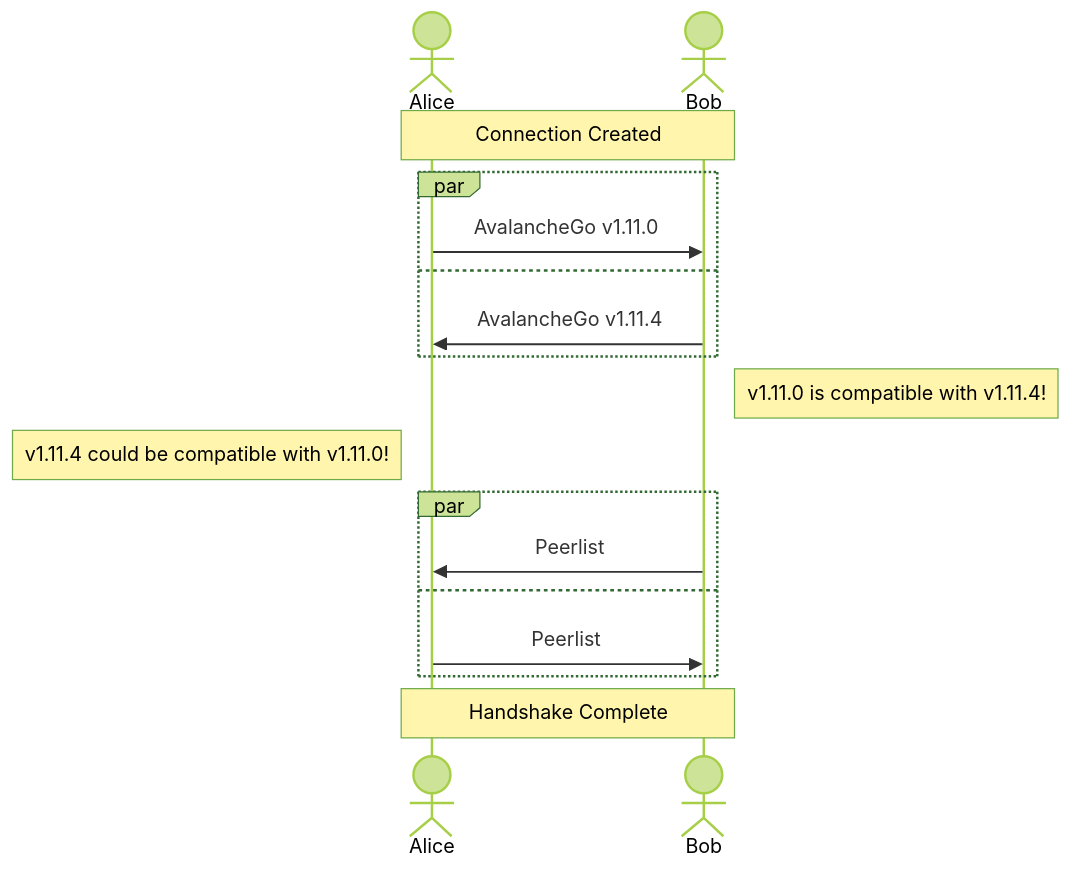
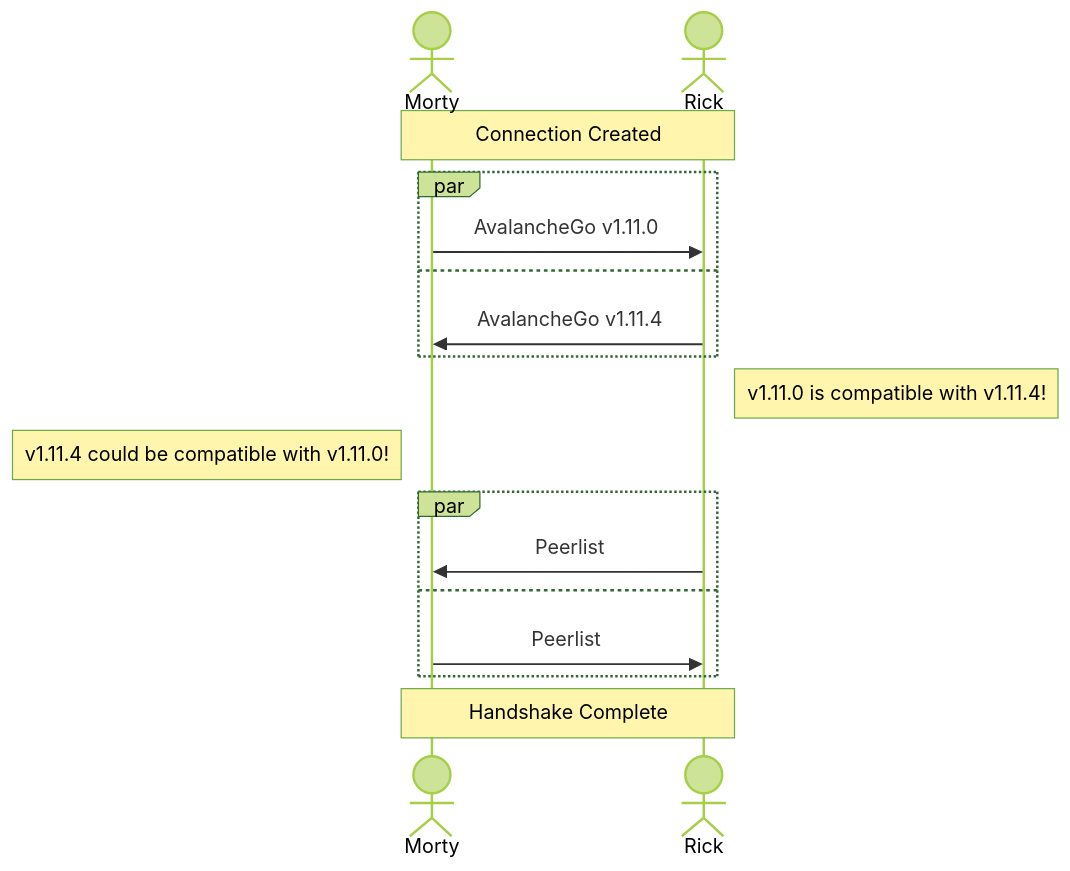
One commit to ava-labs/avalanchego changed the third of 7 diagrams in network/README.md. Above: the diagram before and after it, drawn with Mermaid (forest theme). The commit also changed other lines of this file, not shown here.

````diff
--- a/network/README.md
+++ b/network/README.md
@@ -84,19 +84,19 @@
 ```mermaid
 sequenceDiagram
-    actor Alice
-    actor Bob
-    Note over Alice,Bob: Connection Created
+    actor Morty
+    actor Rick
+    Note over Morty,Rick: Connection Created
     par
-        Alice->>Bob: AvalancheGo v1.11.0
+        Morty->>Rick: AvalancheGo v1.11.0
     and
-        Bob->>Alice: AvalancheGo v1.11.4
+        Rick->>Morty: AvalancheGo v1.11.4
     end
-    Note right of Bob: v1.11.0 is compatible with v1.11.4!
-    Note left of Alice: v1.11.4 could be compatible with v1.11.0!
+    Note right of Rick: v1.11.0 is compatible with v1.11.4!
+    Note left of Morty: v1.11.4 could be compatible with v1.11.0!
     par
-        Bob->>Alice: Peerlist
+        Rick->>Morty: Peerlist
     and
-        Alice->>Bob: Peerlist
+        Morty->>Rick: Peerlist
     end
-    Note over Alice,Bob: Handshake Complete
+    Note over Morty,Rick: Handshake Complete
 ```
````
